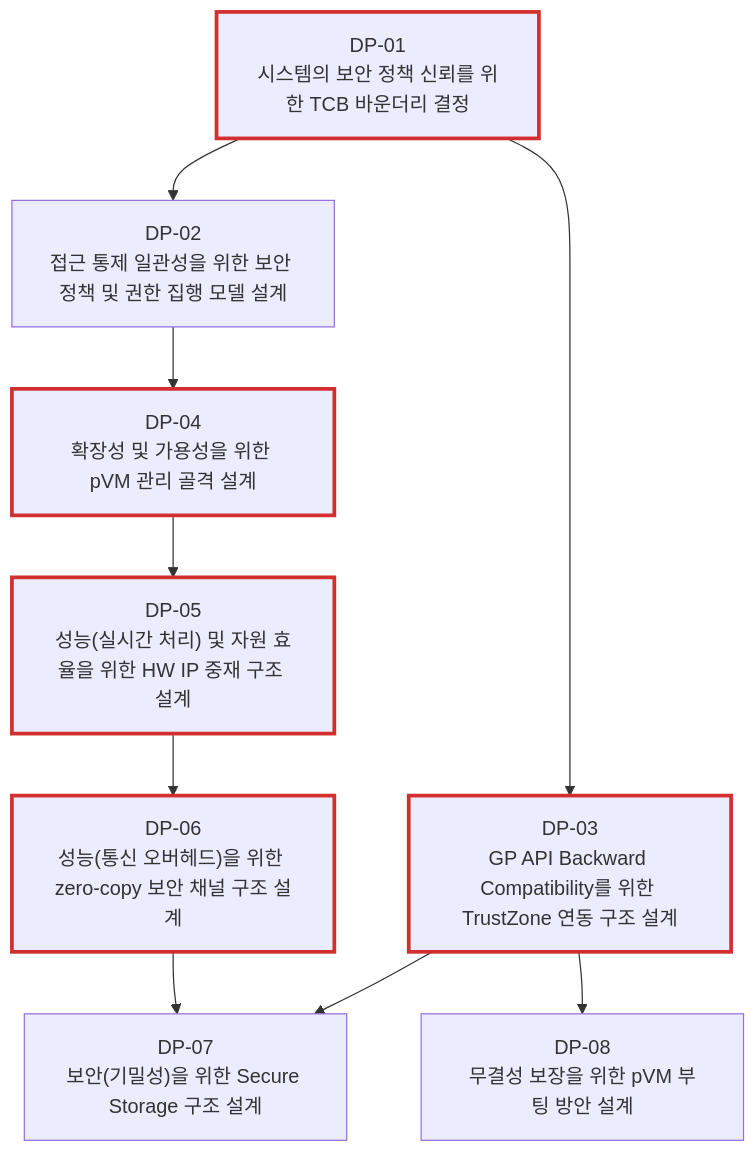
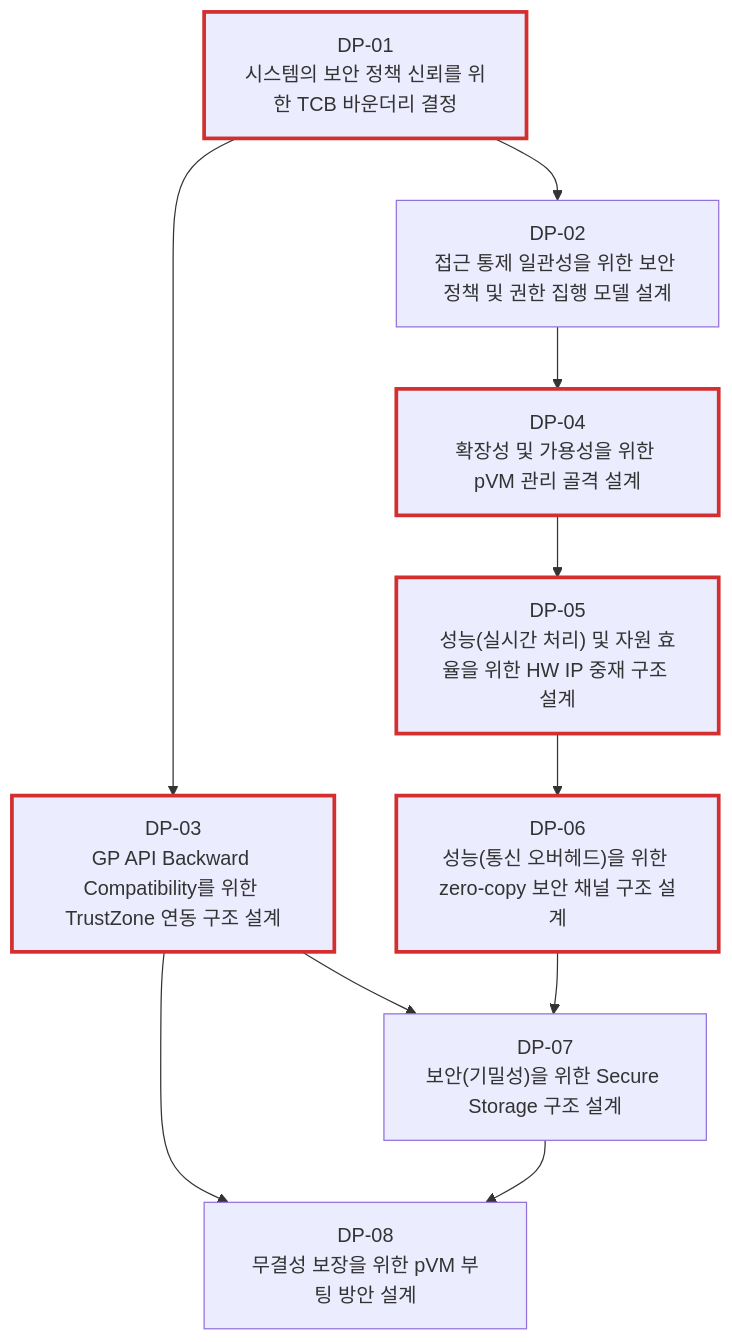
One commit to boram1288/test-p changed the diagram in docs/05_design_points.md. Above: the diagram before and after it, drawn with Mermaid. The commit also changed other lines of this file, not shown here.

````diff
--- a/docs/05_design_points.md
+++ b/docs/05_design_points.md
@@ -41,23 +43,24 @@
 ```mermaid
 flowchart TD
     DP01["DP-01<br/>시스템의 보안 정책 신뢰를 위한 TCB 바운더리 결정"]
     DP02["DP-02<br/>접근 통제 일관성을 위한 보안 정책 및 권한 집행 모델 설계"]
     DP03["DP-03<br/>GP API Backward Compatibility를 위한 TrustZone 연동 구조 설계"]
     DP04["DP-04<br/>확장성 및 가용성을 위한 pVM 관리 골격 설계"]
     DP05["DP-05<br/>성능(실시간 처리) 및 자원 효율을 위한 HW IP 중재 구조 설계"]
     DP06["DP-06<br/>성능(통신 오버헤드)을 위한 zero-copy 보안 채널 구조 설계"]
     DP07["DP-07<br/>보안(기밀성)을 위한 Secure Storage 구조 설계"]
     DP08["DP-08<br/>무결성 보장을 위한 pVM 부팅 방안 설계"]
 
     classDef tLinked stroke:#d32f2f,stroke-width:3px
     class DP01,DP03,DP04,DP05,DP06 tLinked
 
     DP01 --> DP02
     DP01 --> DP03
     DP02 --> DP04
     DP04 --> DP05
     DP05 --> DP06
     DP03 --> DP07
     DP06 --> DP07
     DP03 --> DP08
+    DP07 --> DP08
 ```
````
